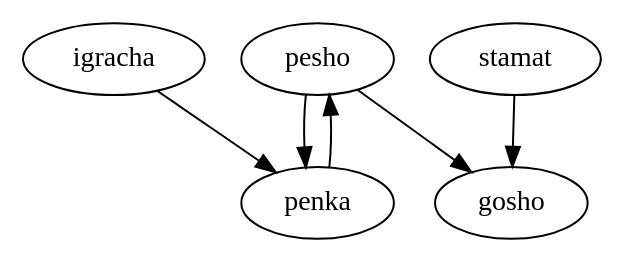
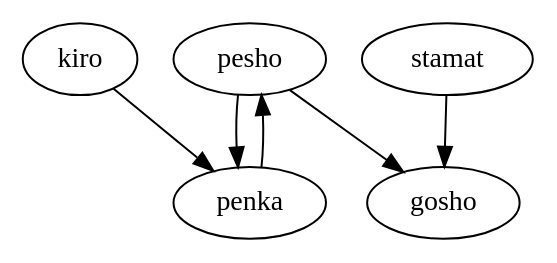
One commit to stoimenoff/uni-cpp-samples changed the diagram in data-structures/graph/test.dot. Above: the diagram before and after it, drawn with Graphviz. The commit also changed 4 other files, not shown here.

Commit message:
Add getVertexes functionality for graph

```diff
--- a/data-structures/graph/test.dot
+++ b/data-structures/graph/test.dot
@@ -1,13 +1,13 @@
 digraph G
 {
 1[label="gosho"];
-4[label="igracha"];
+4[label="kiro"];
 2[label="penka"];
 0[label="pesho"];
 3[label="stamat"];
 0 -> 2;
 0 -> 1;
 2 -> 0;
 3 -> 1;
 4 -> 2;
 }
```
